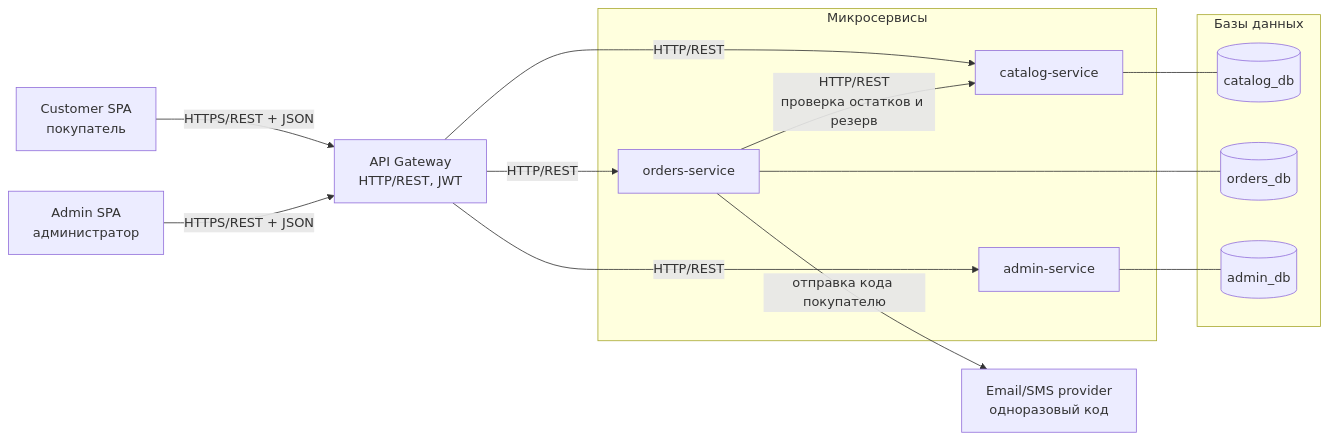
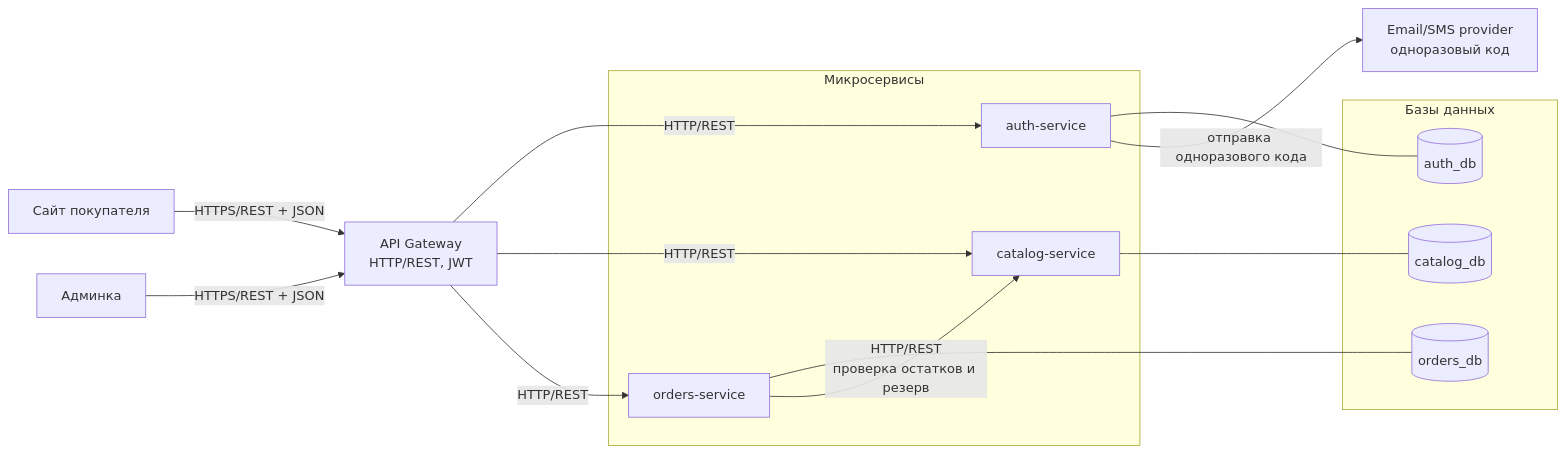
One commit to ksusha14021995-prog/MFTI_Volynkina_web_dev changed the diagram in docs/02-architecture.md. Above: the diagram before and after it, drawn with Mermaid. The commit also changed other lines of this file and 17 other files, not shown here.

First line of the commit message:
docs: reshape architecture (auth/catalog/orders), simplify order lifecycle, full CJM

````diff
--- a/docs/02-architecture.md
+++ b/docs/02-architecture.md
@@ -15,36 +15,36 @@
 ```mermaid
 flowchart LR
-    Customer[Customer SPA<br/>покупатель]
-    Admin[Admin SPA<br/>администратор]
+    Customer[Сайт покупателя]
+    Admin[Админка]
 
     Gateway[API Gateway<br/>HTTP/REST, JWT]
 
     subgraph Services[Микросервисы]
+        Auth[auth-service]
         Catalog[catalog-service]
         Orders[orders-service]
-        AdminSvc[admin-service]
     end
 
     subgraph DBs[Базы данных]
+        AuthDB[(auth_db)]
         CatalogDB[(catalog_db)]
         OrdersDB[(orders_db)]
-        AdminDB[(admin_db)]
     end
 
     Notify[Email/SMS provider<br/>одноразовый код]
 
     Customer -->|HTTPS/REST + JSON| Gateway
     Admin -->|HTTPS/REST + JSON| Gateway
 
+    Gateway -->|HTTP/REST| Auth
     Gateway -->|HTTP/REST| Catalog
     Gateway -->|HTTP/REST| Orders
-    Gateway -->|HTTP/REST| AdminSvc
 
+    Auth --- AuthDB
     Catalog --- CatalogDB
     Orders --- OrdersDB
-    AdminSvc --- AdminDB
 
     Orders -->|HTTP/REST<br/>проверка остатков и резерв| Catalog
 
-    Orders -->|отправка кода покупателю| Notify
+    Auth -->|отправка одноразового кода| Notify
 ```
````
